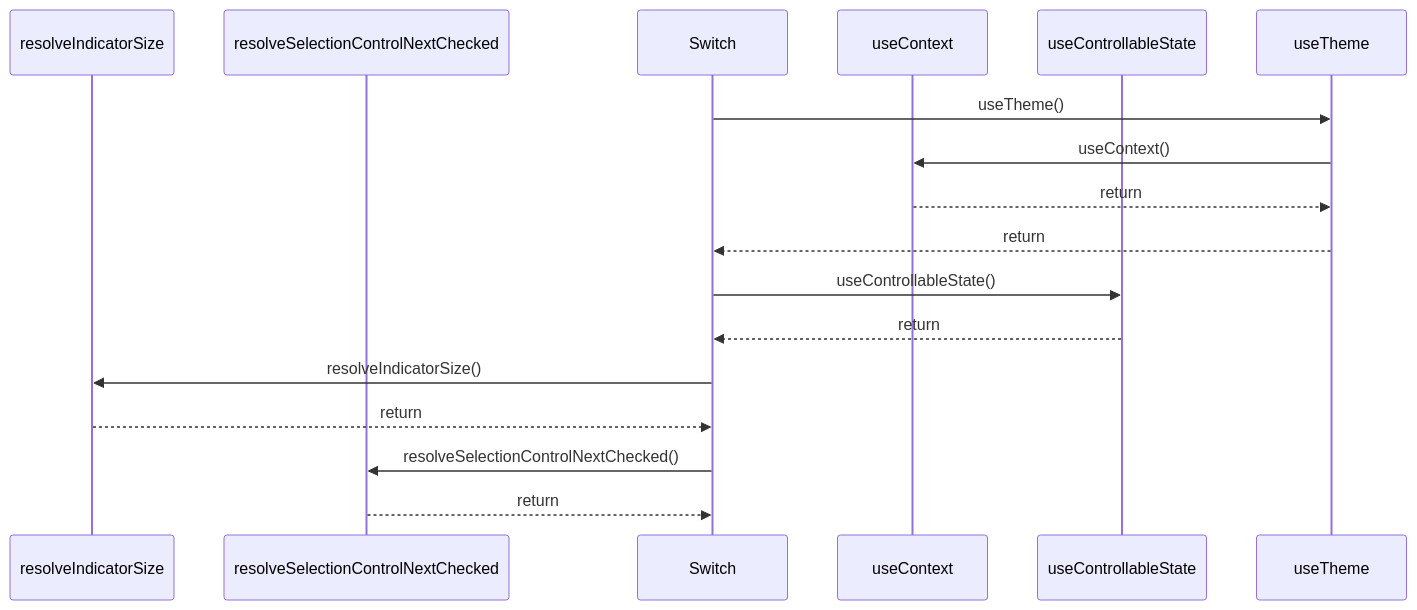
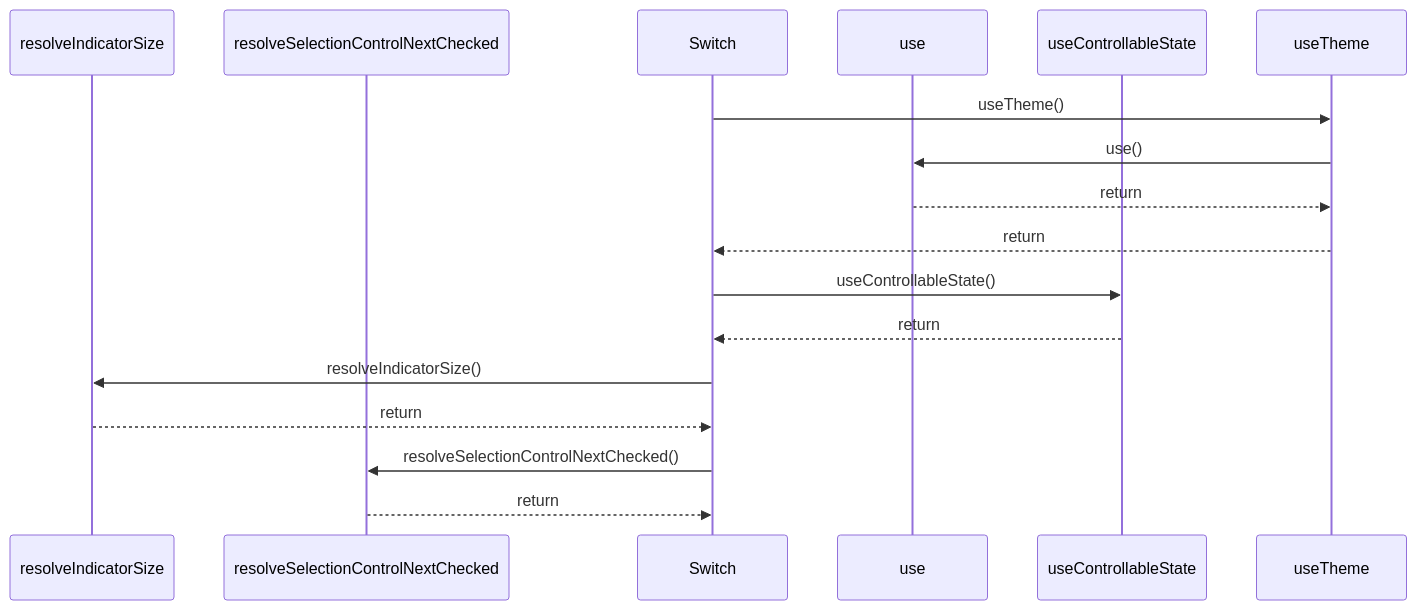
One commit to ankhorage/surface changed the diagram in paradox/diagrams/sequences/switch.mmd. Above: the diagram before and after it, drawn with Mermaid. The commit also changed 75 other files, not shown here.

```diff
--- a/paradox/diagrams/sequences/switch.mmd
+++ b/paradox/diagrams/sequences/switch.mmd
@@ -1,17 +1,17 @@
 sequenceDiagram
   participant participant_resolveIndicatorSize as resolveIndicatorSize
   participant participant_resolveSelectionControlNextChecked as resolveSelectionControlNextChecked
   participant participant_Switch as Switch
-  participant participant_useContext as useContext
+  participant participant_use as use
   participant participant_useControllableState as useControllableState
   participant participant_useTheme as useTheme
   participant_Switch->>participant_useTheme: useTheme()
-  participant_useTheme->>participant_useContext: useContext()
-  participant_useContext-->>participant_useTheme: return
+  participant_useTheme->>participant_use: use()
+  participant_use-->>participant_useTheme: return
   participant_useTheme-->>participant_Switch: return
   participant_Switch->>participant_useControllableState: useControllableState()
   participant_useControllableState-->>participant_Switch: return
   participant_Switch->>participant_resolveIndicatorSize: resolveIndicatorSize()
   participant_resolveIndicatorSize-->>participant_Switch: return
   participant_Switch->>participant_resolveSelectionControlNextChecked: resolveSelectionControlNextChecked()
   participant_resolveSelectionControlNextChecked-->>participant_Switch: return
```
